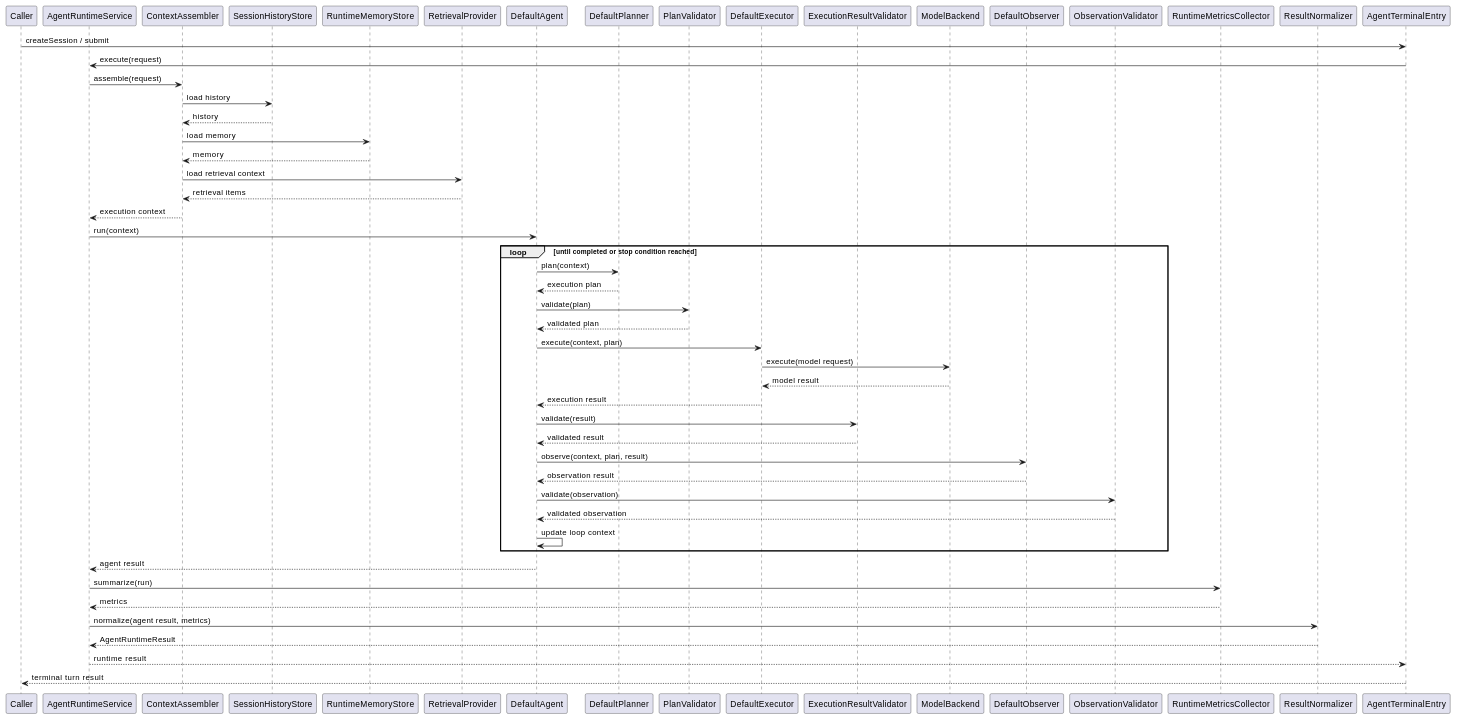
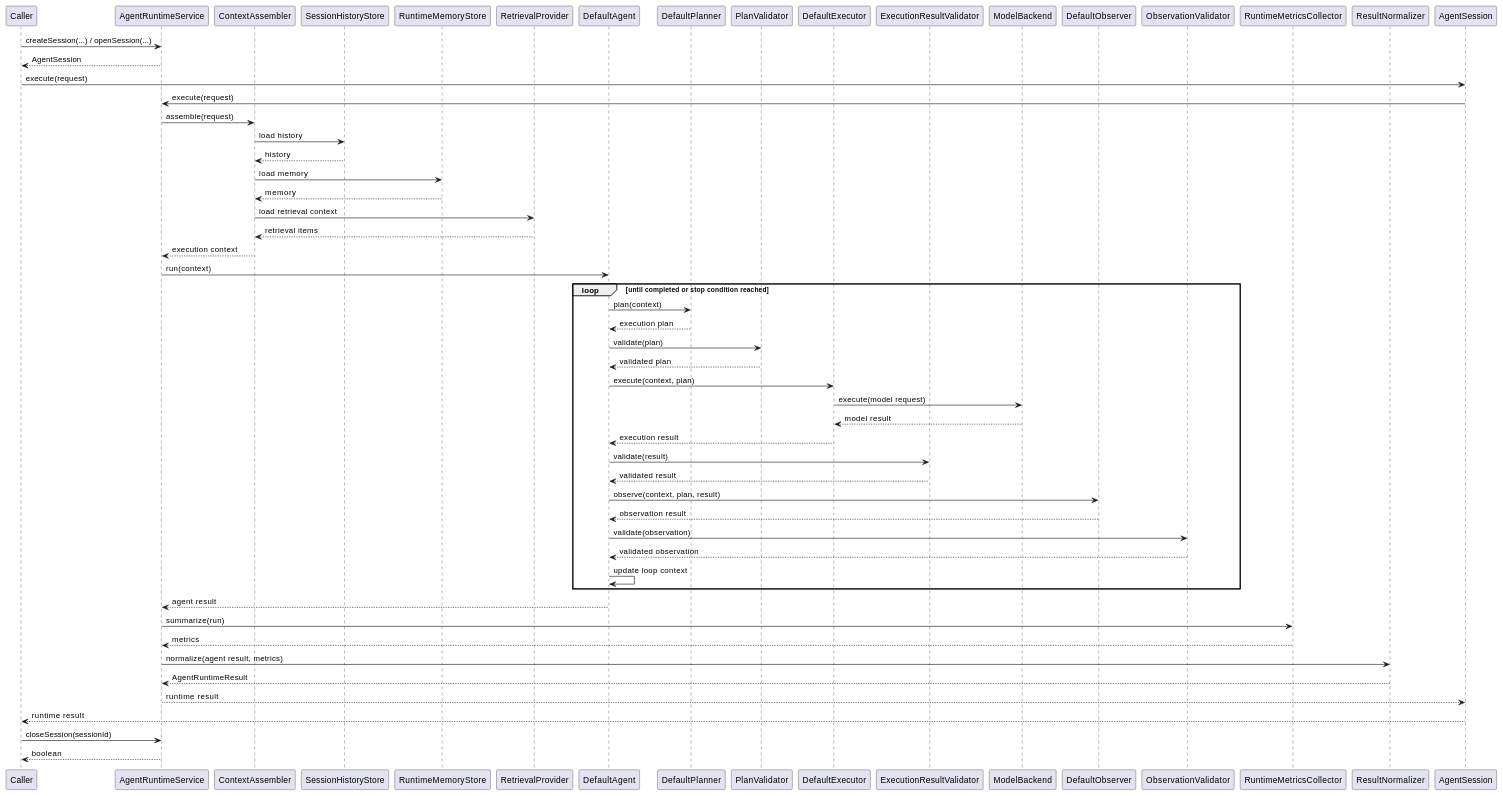
Before and after one commit to lucky-chen/ai_workflow_travel: the second of 4 diagrams in infra_projects/docs/breakdown_docs/agent_runtime_design.md, drawn with PlantUML. The commit also changed other lines of this file and 1 other file, not shown here.

First line of the commit message:
[AI] gpt-5.4: align agent runtime design and work plan

````diff
--- a/infra_projects/docs/breakdown_docs/agent_runtime_design.md
+++ b/infra_projects/docs/breakdown_docs/agent_runtime_design.md
@@ -357,56 +417,60 @@
 ```plantuml
 @startuml
 participant Caller
 participant AgentRuntimeService as AgentRuntime
 participant ContextAssembler
 participant SessionHistoryStore
 participant RuntimeMemoryStore
 participant RetrievalProvider
 participant DefaultAgent
 participant DefaultPlanner
 participant PlanValidator
 participant DefaultExecutor
 participant ExecutionResultValidator
 participant ModelBackend
 participant DefaultObserver
 participant ObservationValidator
 participant RuntimeMetricsCollector
 participant ResultNormalizer
 
-Caller -> AgentTerminalEntry: createSession / submit
-AgentTerminalEntry -> AgentRuntime: execute(request)
+Caller -> AgentRuntime: createSession(...) / openSession(...)
+AgentRuntime --> Caller: AgentSession
+Caller -> AgentSession: execute(request)
+AgentSession -> AgentRuntime: execute(request)
 AgentRuntime -> ContextAssembler: assemble(request)
 ContextAssembler -> SessionHistoryStore: load history
 SessionHistoryStore --> ContextAssembler: history
 ContextAssembler -> RuntimeMemoryStore: load memory
 RuntimeMemoryStore --> ContextAssembler: memory
 ContextAssembler -> RetrievalProvider: load retrieval context
 RetrievalProvider --> ContextAssembler: retrieval items
 ContextAssembler --> AgentRuntime: execution context
 AgentRuntime -> DefaultAgent: run(context)
 loop until completed or stop condition reached
   DefaultAgent -> DefaultPlanner: plan(context)
   DefaultPlanner --> DefaultAgent: execution plan
   DefaultAgent -> PlanValidator: validate(plan)
   PlanValidator --> DefaultAgent: validated plan
   DefaultAgent -> DefaultExecutor: execute(context, plan)
   DefaultExecutor -> ModelBackend: execute(model request)
   ModelBackend --> DefaultExecutor: model result
   DefaultExecutor --> DefaultAgent: execution result
   DefaultAgent -> ExecutionResultValidator: validate(result)
   ExecutionResultValidator --> DefaultAgent: validated result
   DefaultAgent -> DefaultObserver: observe(context, plan, result)
   DefaultObserver --> DefaultAgent: observation result
   DefaultAgent -> ObservationValidator: validate(observation)
   ObservationValidator --> DefaultAgent: validated observation
   DefaultAgent -> DefaultAgent: update loop context
 end
 DefaultAgent --> AgentRuntime: agent result
 AgentRuntime -> RuntimeMetricsCollector: summarize(run)
 RuntimeMetricsCollector --> AgentRuntime: metrics
 AgentRuntime -> ResultNormalizer: normalize(agent result, metrics)
 ResultNormalizer --> AgentRuntime: AgentRuntimeResult
-AgentRuntime --> AgentTerminalEntry: runtime result
-AgentTerminalEntry --> Caller: terminal turn result
+AgentRuntime --> AgentSession: runtime result
+AgentSession --> Caller: runtime result
+Caller -> AgentRuntime: closeSession(sessionId)
+AgentRuntime --> Caller: boolean
 @enduml
 ```
````
